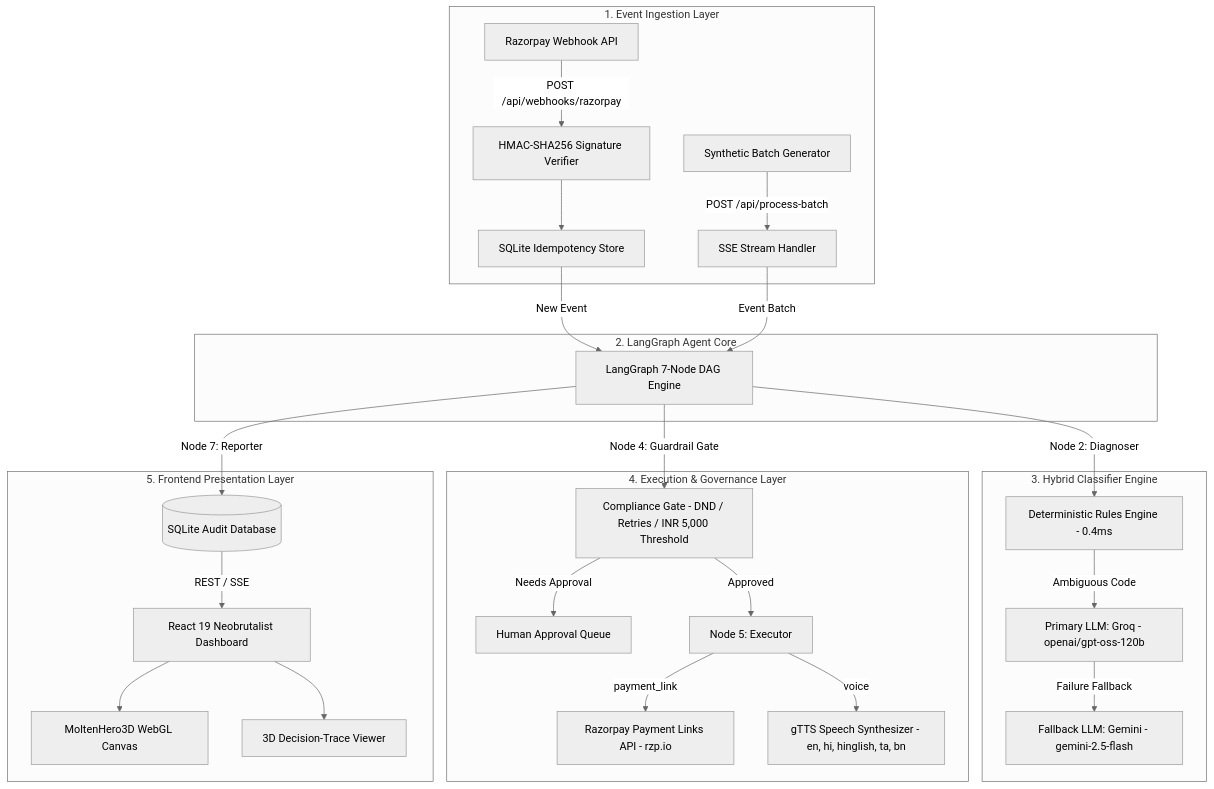
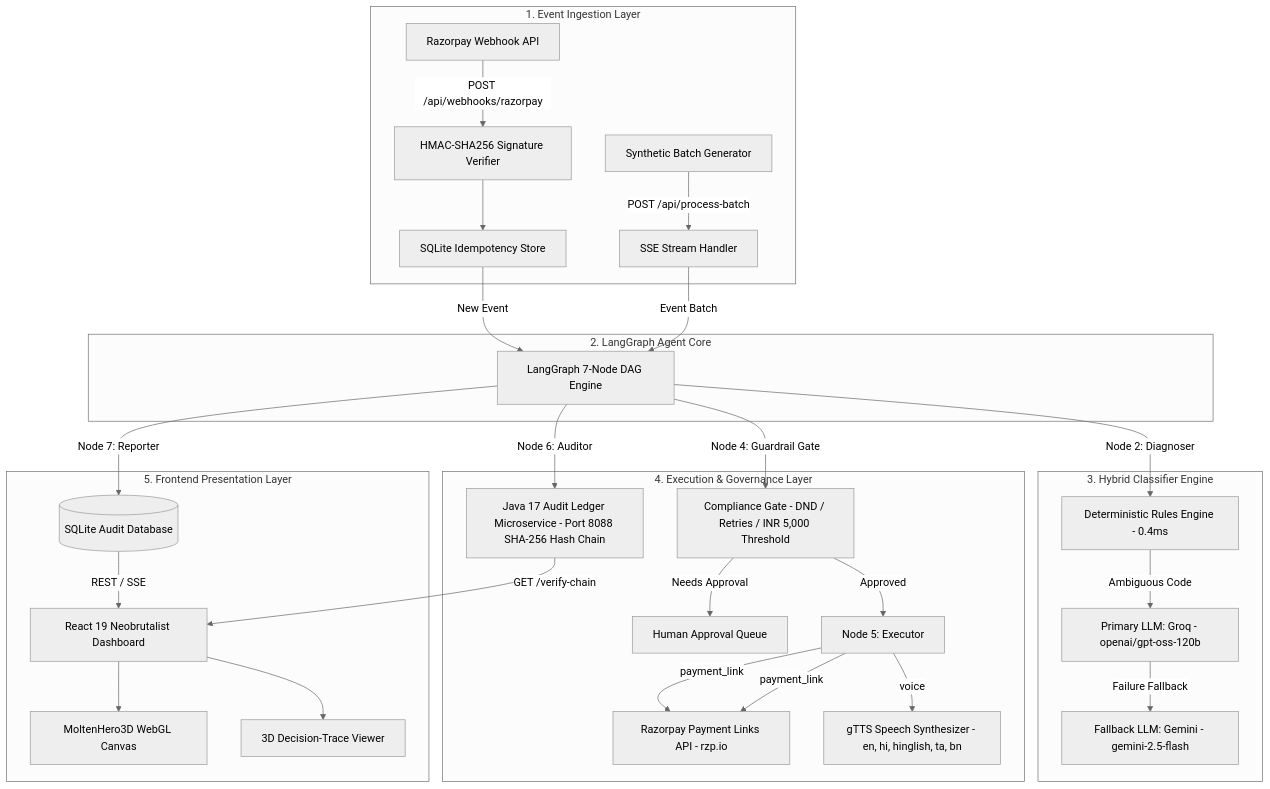
One commit to ankan123basu/vaapsi-agent changed the first of 4 diagrams in docs/architecture.md. Above: the diagram before and after it, drawn with Mermaid (neutral theme). The commit also changed other lines of this file and 2 other files, not shown here.

Commit message:
docs: integrate Phase 6 Java Cryptographic Audit Ledger proof, architecture diagrams, and ADR-008

````diff
--- a/docs/architecture.md
+++ b/docs/architecture.md
@@ -21,34 +21,37 @@
 ```mermaid
 graph TD
     subgraph Ingestion ["1. Event Ingestion Layer"]
         RZP["Razorpay Webhook API"] -->|POST /api/webhooks/razorpay| VERIFY["HMAC-SHA256 Signature Verifier"]
         SYN["Synthetic Batch Generator"] -->|POST /api/process-batch| STREAM["SSE Stream Handler"]
         VERIFY --> DUP["SQLite Idempotency Store"]
     end
 
     subgraph Core ["2. LangGraph Agent Core"]
         DUP -->|New Event| DAG["LangGraph 7-Node DAG Engine"]
         STREAM -->|Event Batch| DAG
     end
 
     subgraph Classifiers ["3. Hybrid Classifier Engine"]
         DAG -->|Node 2: Diagnoser| RULES["Deterministic Rules Engine - 0.4ms"]
         RULES -->|Ambiguous Code| GROQ["Primary LLM: Groq - openai/gpt-oss-120b"]
         GROQ -->|Failure Fallback| GEMINI["Fallback LLM: Gemini - gemini-2.5-flash"]
     end
 
     subgraph Actions ["4. Execution & Governance Layer"]
         DAG -->|Node 4: Guardrail Gate| GATE["Compliance Gate - DND / Retries / INR 5,000 Threshold"]
         GATE -->|Needs Approval| QUEUE["Human Approval Queue"]
         GATE -->|Approved| EXEC["Node 5: Executor"]
         EXEC -->|payment_link| RZP_API["Razorpay Payment Links API - rzp.io"]
+        EXEC -->|payment_link| RZP_API["Razorpay Payment Links API - rzp.io"]
         EXEC -->|voice| GTTS["gTTS Speech Synthesizer - en, hi, hinglish, ta, bn"]
+        DAG -->|Node 6: Auditor| JAVA_LEDGER["Java 17 Audit Ledger Microservice - Port 8088 SHA-256 Hash Chain"]
     end
 
     subgraph Presentation ["5. Frontend Presentation Layer"]
         DAG -->|Node 7: Reporter| DB[("SQLite Audit Database")]
         DB -->|REST / SSE| DASH["React 19 Neobrutalist Dashboard"]
         DASH --> THREE["MoltenHero3D WebGL Canvas"]
         DASH --> TRACE["3D Decision-Trace Viewer"]
+        JAVA_LEDGER -->|GET /verify-chain| DASH
     end
 ```
````
